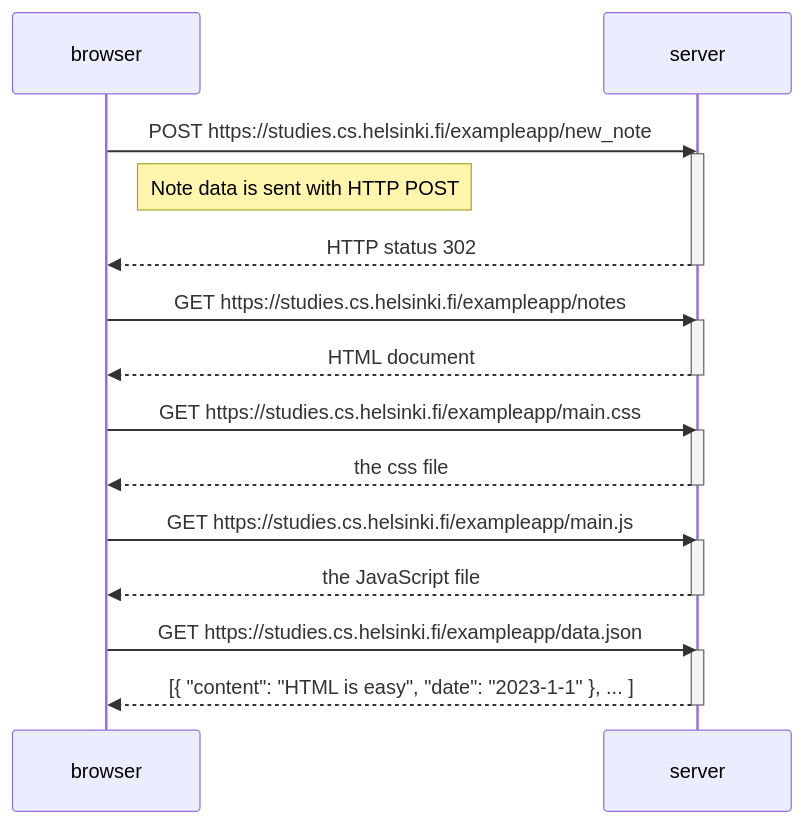
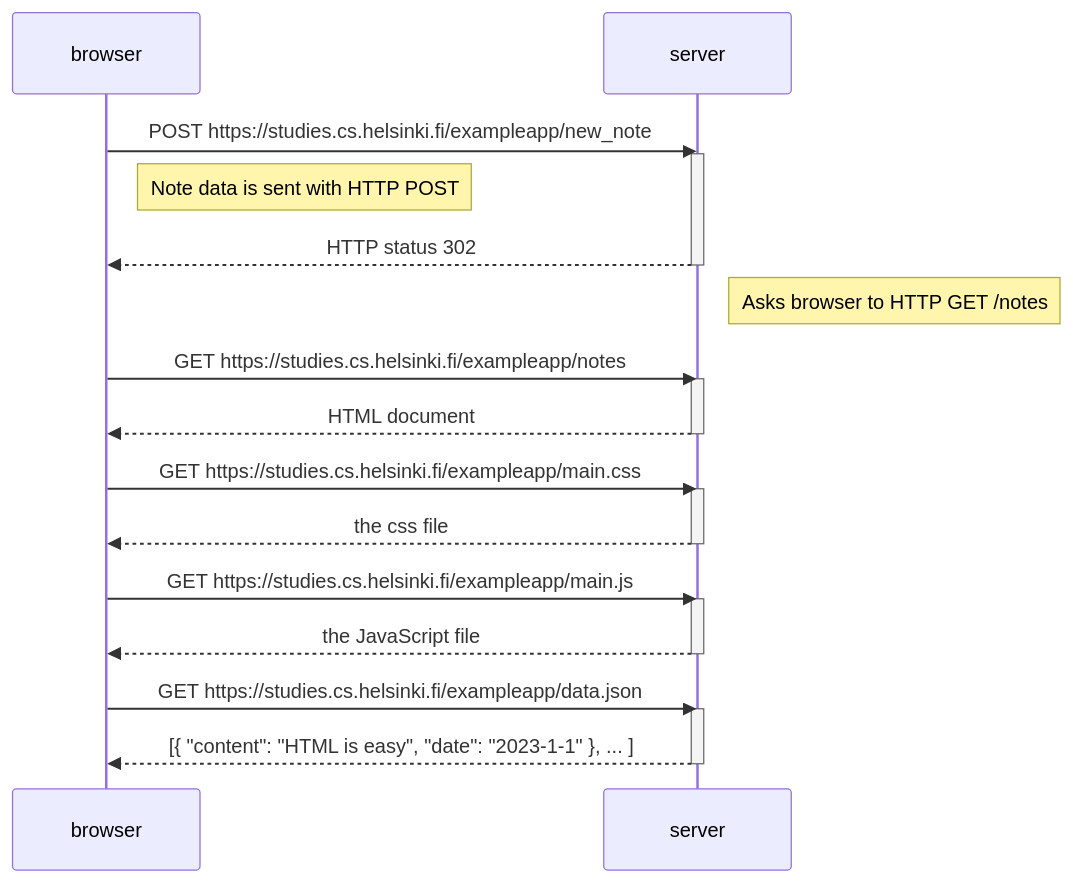
The diagram in part0/0.4.md (arvidkullhammar/Fullstack-Open), drawn with Mermaid before and after one commit.

````diff
--- a/part0/0.4.md
+++ b/part0/0.4.md
@@ -1,34 +1,36 @@
 ```mermaid
 sequenceDiagram
     participant browser
     participant server
 
     browser->>server: POST https://studies.cs.helsinki.fi/exampleapp/new_note
     activate server
 
    Note right of browser: Note data is sent with HTTP POST
 
     server-->>browser: HTTP status 302
     deactivate server
+
+       Note right of server: Asks browser to HTTP GET /notes
 
     browser->>server: GET https://studies.cs.helsinki.fi/exampleapp/notes
     activate server
     server-->>browser: HTML document
     deactivate server
 
     browser->>server: GET https://studies.cs.helsinki.fi/exampleapp/main.css
     activate server
     server-->>browser: the css file
     deactivate server
 
     browser->>server: GET https://studies.cs.helsinki.fi/exampleapp/main.js
     activate server
     server-->>browser: the JavaScript file
     deactivate server
 
 
     browser->>server: GET https://studies.cs.helsinki.fi/exampleapp/data.json
     activate server
     server-->>browser: [{ "content": "HTML is easy", "date": "2023-1-1" }, ... ]
     deactivate server
 ```
````
